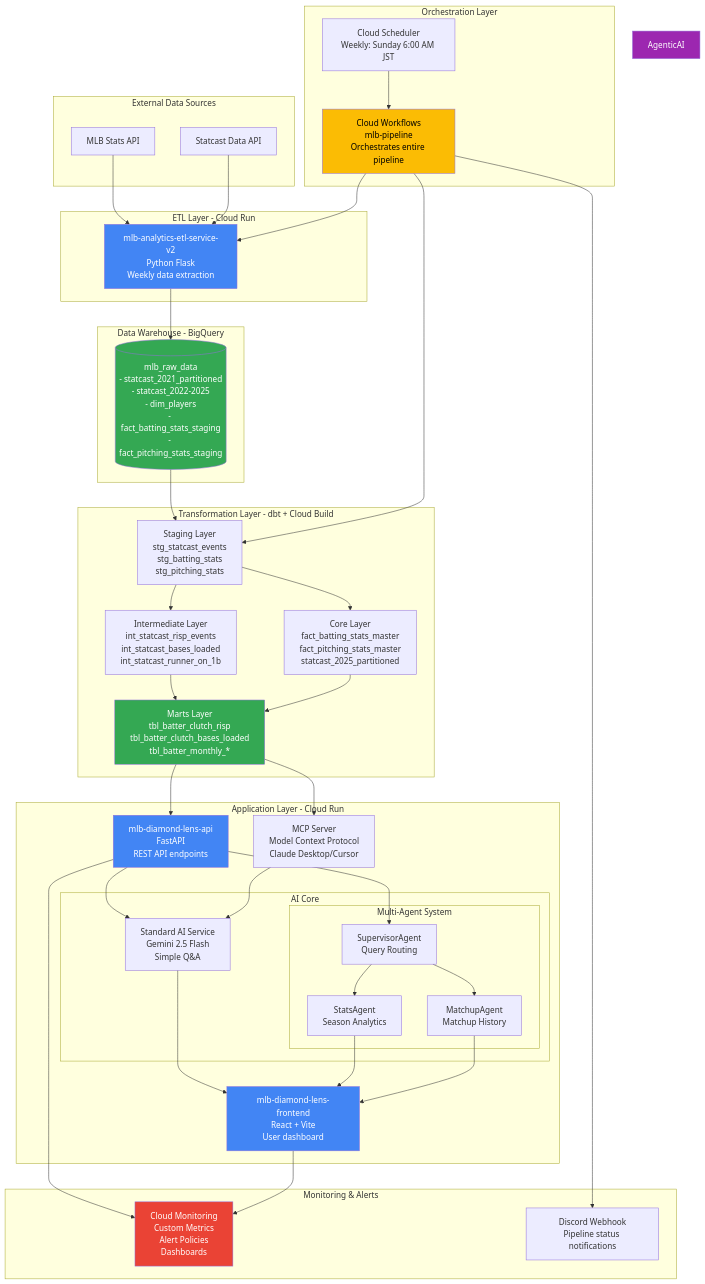
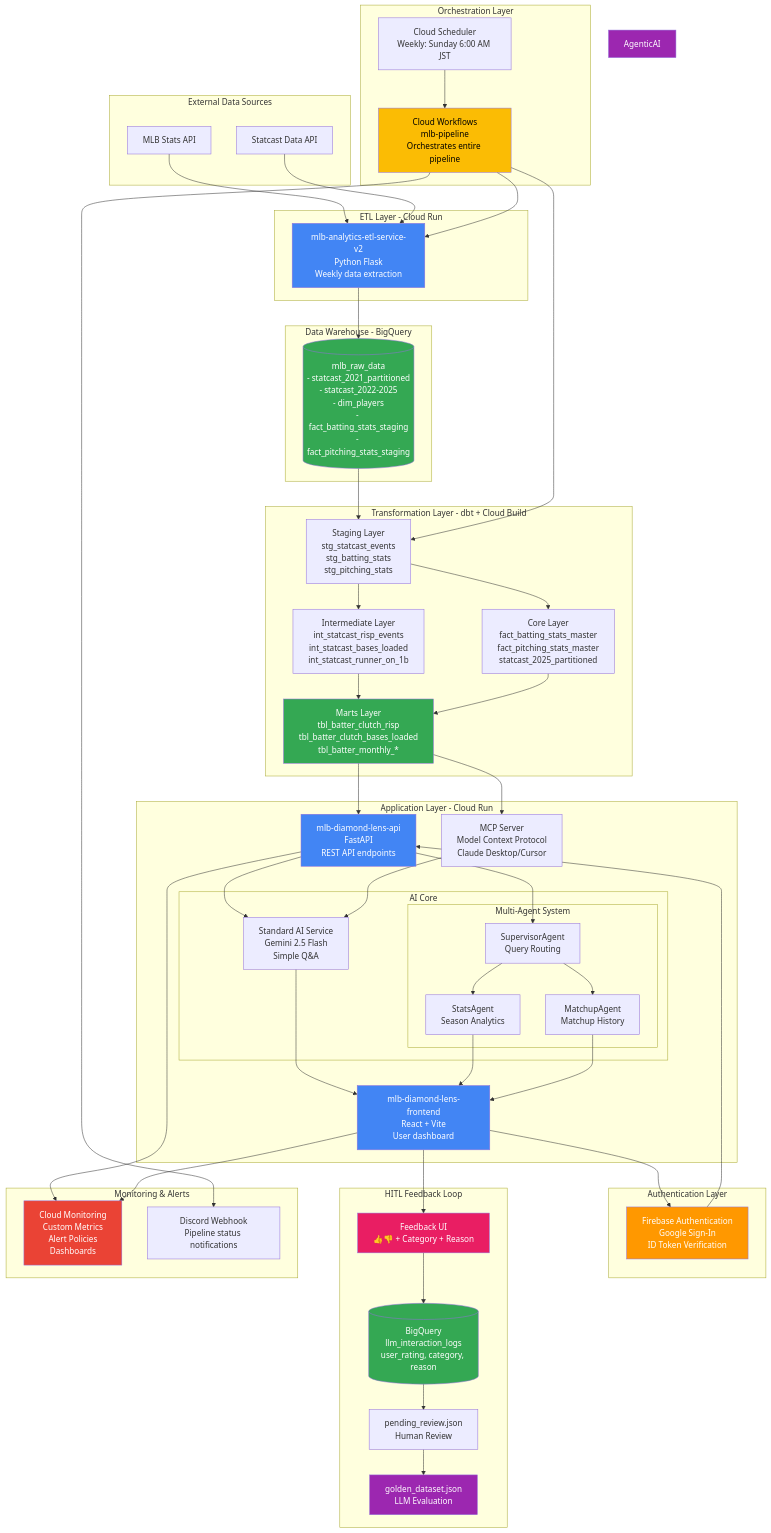
Before and after one commit to takeshimx/diamond-lens: the first of 4 diagrams in README_architecture.md, drawn with Mermaid. The commit also changed other lines of this file and 10 other files, not shown here.

Commit message:
feat: Implemented HITL feedback system on every AI response

```diff
--- a/README_architecture.md
+++ b/README_architecture.md
@@ -40,6 +40,10 @@
         Marts[Marts Layer<br/>tbl_batter_clutch_risp<br/>tbl_batter_clutch_bases_loaded<br/>tbl_batter_monthly_*]
     end
 
+    subgraph "Authentication Layer"
+        FirebaseAuth[Firebase Authentication<br/>Google Sign-In<br/>ID Token Verification]
+    end
+
 subgraph "Application Layer - Cloud Run"
         Backend[mlb-diamond-lens-api<br/>FastAPI<br/>REST API endpoints]
         Frontend[mlb-diamond-lens-frontend<br/>React + Vite<br/>User dashboard]
@@ -60,6 +64,13 @@
         Workflows[Cloud Workflows<br/>mlb-pipeline<br/>Orchestrates entire pipeline]
     end
 
+    subgraph "HITL Feedback Loop"
+        FeedbackUI[Feedback UI<br/>👍👎 + Category + Reason]
+        FeedbackBQ[(BigQuery<br/>llm_interaction_logs<br/>user_rating, category, reason)]
+        PendingReview[pending_review.json<br/>Human Review]
+        GoldenDataset[golden_dataset.json<br/>LLM Evaluation]
+    end
+
     subgraph "Monitoring & Alerts"
         CloudMonitoring[Cloud Monitoring<br/>Custom Metrics<br/>Alert Policies<br/>Dashboards]
         Discord[Discord Webhook<br/>Pipeline status notifications]
@@ -77,6 +88,8 @@
 
     Marts --> Backend
     Marts --> MCPServer
+    Frontend --> FirebaseAuth
+    FirebaseAuth --> Backend
     Backend --> StandardAI
     Backend --> Supervisor
     MCPServer --> StandardAI
@@ -91,9 +104,18 @@
     Workflows --> Staging
     Workflows --> Discord
 
+    Frontend --> FeedbackUI
+    FeedbackUI --> FeedbackBQ
+    FeedbackBQ --> PendingReview
+    PendingReview --> GoldenDataset
+
     Backend --> CloudMonitoring
     Frontend --> CloudMonitoring
 
+    style FeedbackUI fill:#e91e63,color:#fff
+    style FeedbackBQ fill:#34a853,color:#fff
+    style GoldenDataset fill:#9c27b0,color:#fff
+    style FirebaseAuth fill:#ff9800,color:#fff
     style ETL fill:#4285f4,color:#fff
     style Backend fill:#4285f4,color:#fff
     style Frontend fill:#4285f4,color:#fff
```
